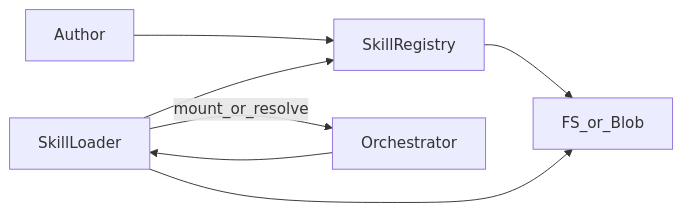
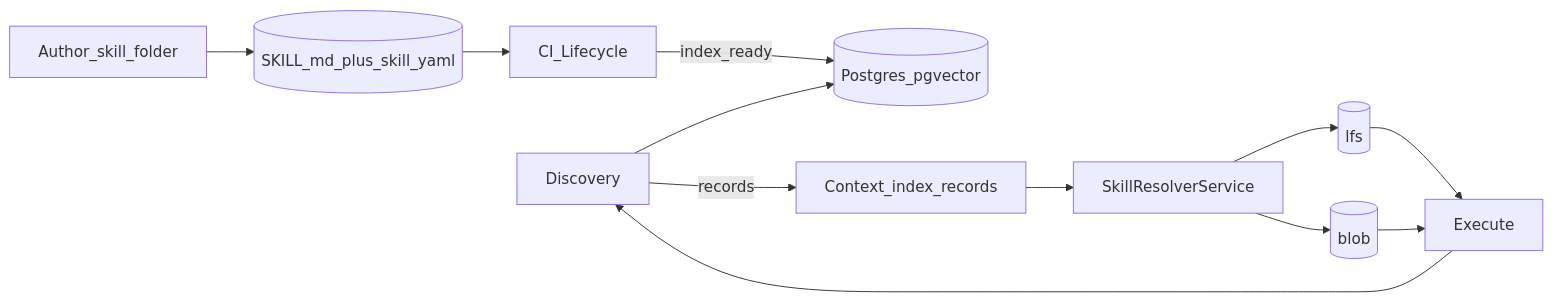
The diagram in SKILLS/backend/assets/diagrams/06-skill-registry.mmd (shivank22/ICE), drawn with Mermaid before and after one commit. The commit also changed 48 other files, not shown here.

Commit message:
Added a skill Platform

```diff
--- a/SKILLS/backend/assets/diagrams/06-skill-registry.mmd
+++ b/SKILLS/backend/assets/diagrams/06-skill-registry.mmd
@@ -1,13 +1,23 @@
-%% Skill registry and loader
+%% Skill platform — skill.yaml index, discovery, resolver
 flowchart LR
-  Author[Author]
-  Reg[SkillRegistry]
-  FS[FS_or_Blob]
-  Loader[SkillLoader]
-  Orch[Orchestrator]
-  Author --> Reg
-  Reg --> FS
-  Orch --> Loader
-  Loader --> Reg
-  Loader --> FS
-  Loader -->|mount_or_resolve| Orch
+  Author[Author_skill_folder]
+  Pkg[(SKILL_md_plus_skill_yaml)]
+  CI[CI_Lifecycle]
+  PG[(Postgres_pgvector)]
+  Disc[Discovery]
+  Ctx[Context_index_records]
+  Res[SkillResolverService]
+  LFS[(lfs)]
+  Blob[(blob)]
+  Orch[Execute]
+  Author --> Pkg
+  Pkg --> CI
+  CI -->|index_ready| PG
+  Orch --> Disc
+  Disc --> PG
+  Disc -->|records| Ctx
+  Ctx --> Res
+  Res --> LFS
+  Res --> Blob
+  LFS --> Orch
+  Blob --> Orch
```
